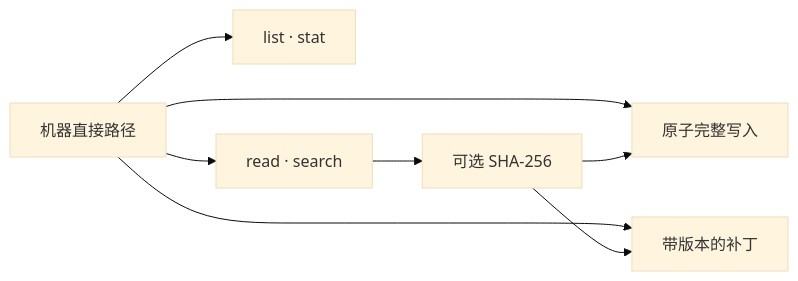
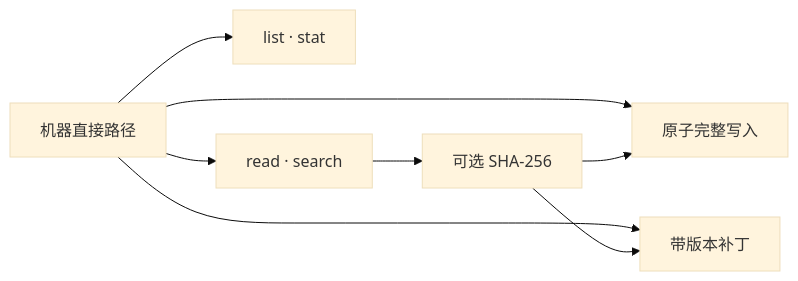
The fourth of 7 diagrams in README.zh-CN.md (hicancan/local-runtime-mcp), drawn with Mermaid (base theme) before and after one commit. The commit also changed other lines of this file and 21 other files, not shown here.

````diff
--- a/README.zh-CN.md
+++ b/README.zh-CN.md
@@ -122,10 +168,10 @@
 ```mermaid
 flowchart LR
-    PATH[机器直接路径] --> META[list · stat]
-    PATH --> READ[read · search]
+    PATH[机器直接路径] --> DISCOVER[list · stat]
+    PATH --> OBSERVE[read · search]
     PATH --> WRITE[原子完整写入]
-    PATH --> PATCH[带版本的补丁]
-    READ --> SHA[可选 SHA-256]
-    SHA --> WRITE
-    SHA --> PATCH
+    PATH --> PATCH[带版本补丁]
+    OBSERVE --> HASH[可选 SHA-256]
+    HASH --> WRITE
+    HASH --> PATCH
 ```
````
